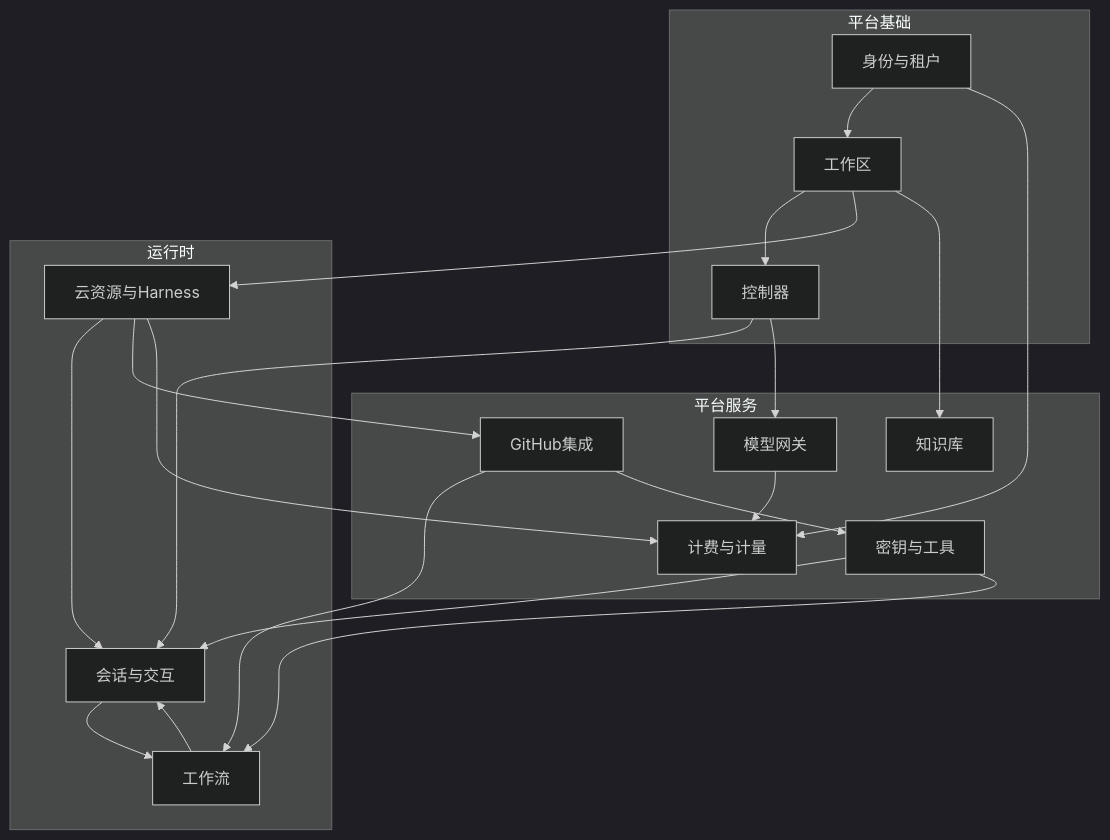
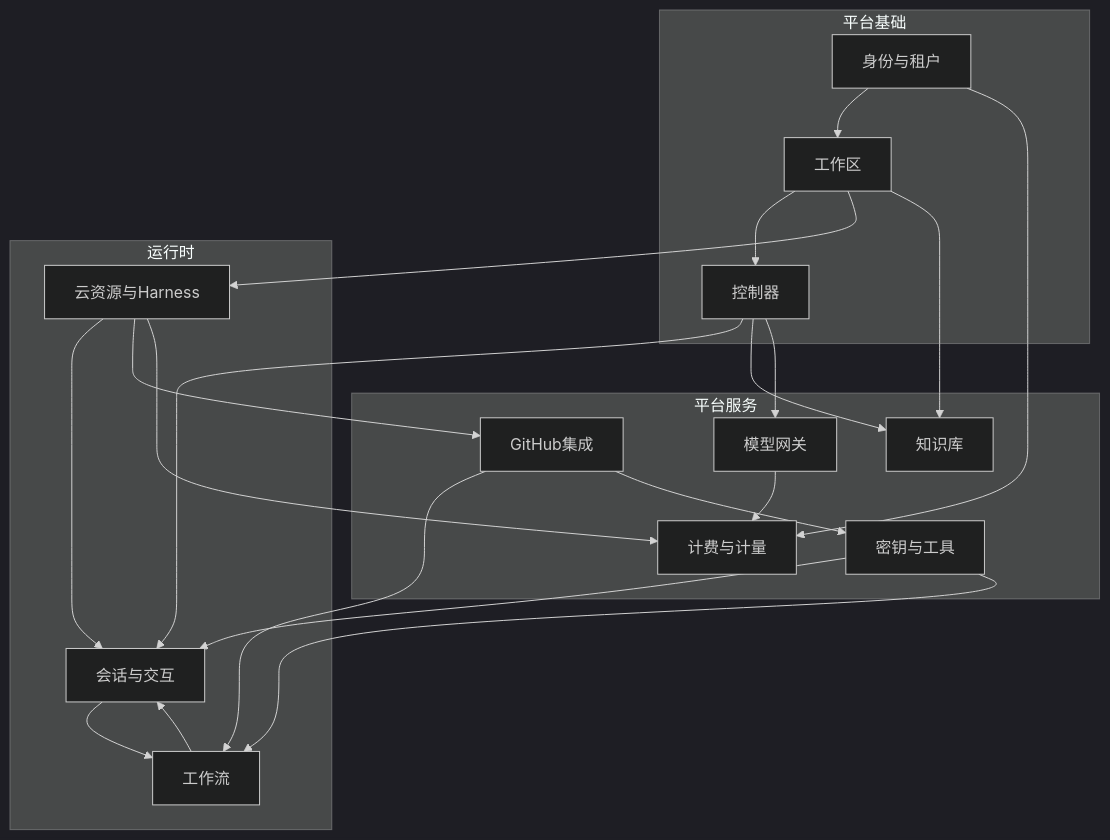
The first of 6 diagrams in docs/knowledges/domain/02-上下文地图.md (Deliay/z-agent-gear), drawn with Mermaid (dark theme) before and after one commit. The commit also changed other lines of this file and 6 other files, not shown here.

````diff
--- a/docs/knowledges/domain/02-上下文地图.md
+++ b/docs/knowledges/domain/02-上下文地图.md
@@ -12,38 +12,39 @@
 ```mermaid
 flowchart TB
     subgraph 平台基础
         ID[身份与租户]
         WS[工作区]
         CT[控制器]
     end
     subgraph 运行时
         CL[云资源与Harness]
         SE[会话与交互]
         WF[工作流]
     end
     subgraph 平台服务
         GW[模型网关]
         BL[计费与计量]
         KT[密钥与工具]
         KB[知识库]
         GH[GitHub集成]
     end
 
     ID --> WS
     WS --> CT
     WS --> CL
     CT --> SE
     CL --> SE
     SE --> WF
     WF --> SE
     CL --> GH
     GH --> WF
     ID --> BL
     CL --> BL
     GW --> BL
     KT --> SE
     KT --> WF
     WS --> KB
+    CT --> KB
     CT --> GW
     GH --> KT
 ```
````
